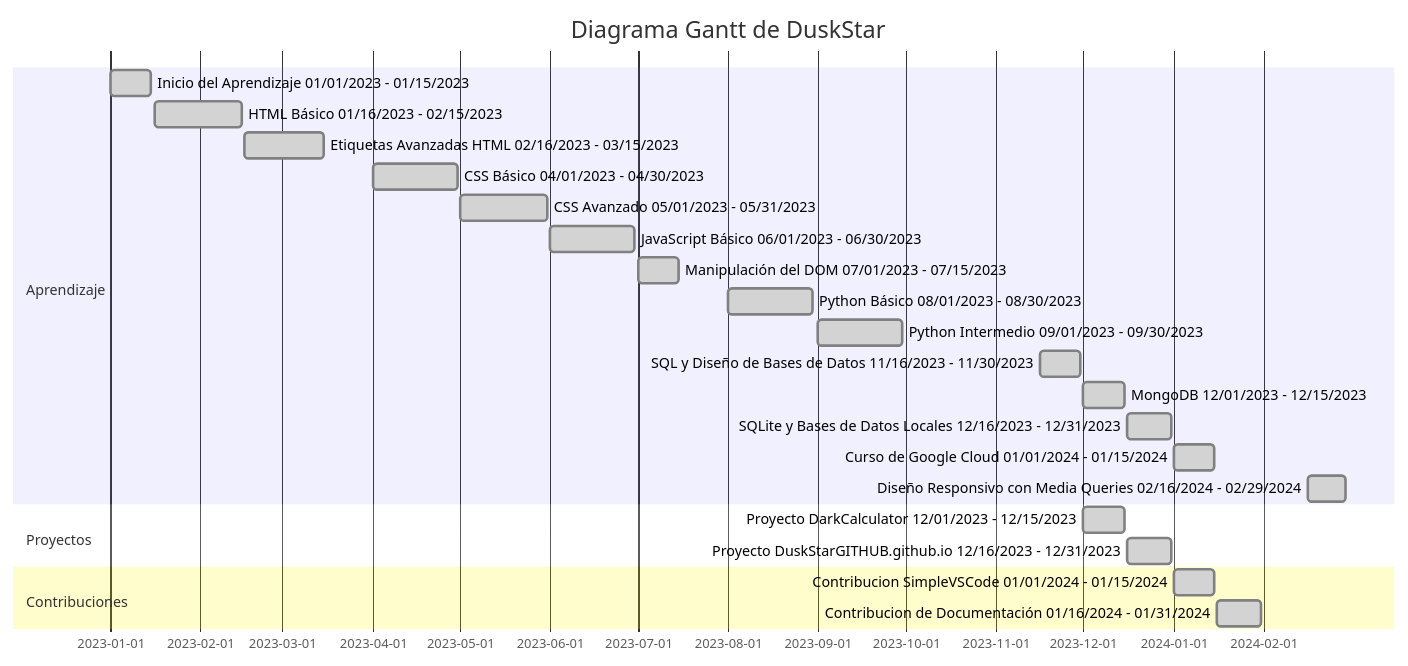
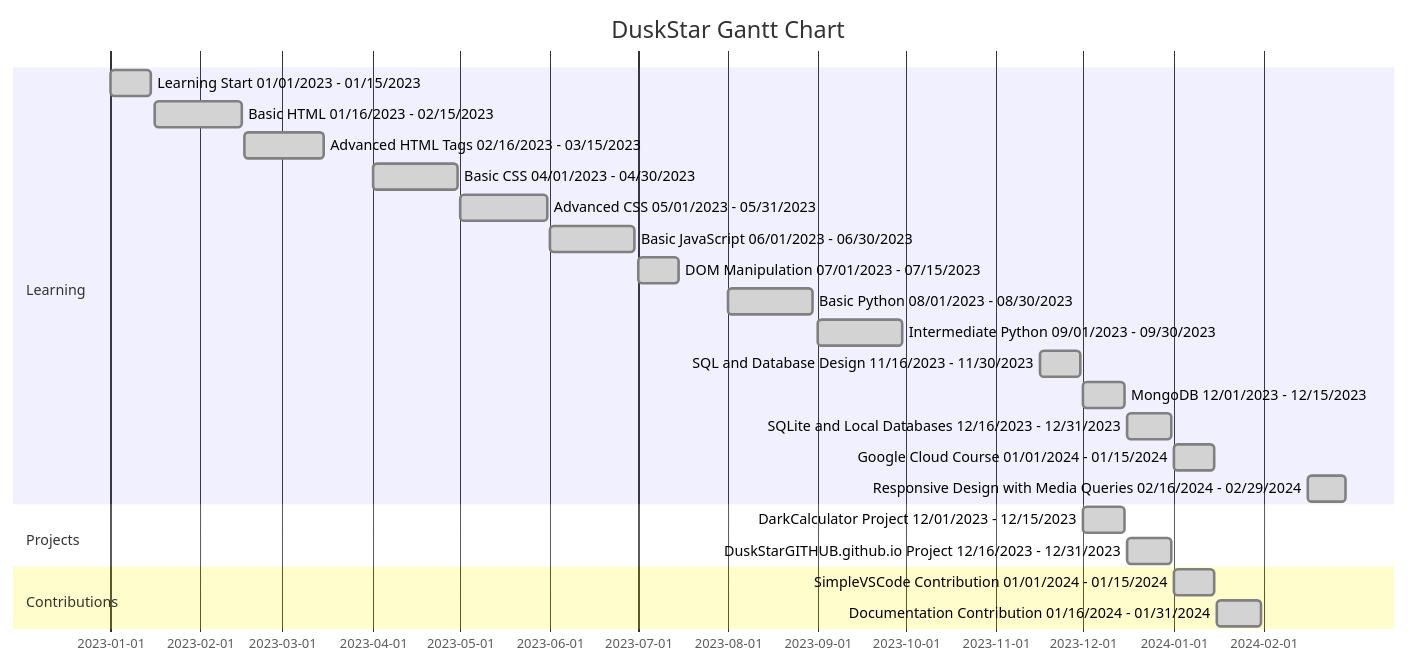
Before and after one commit to DuskStarGITHUB/DuskStarGITHUB: the diagram in README.md, drawn with Mermaid. The commit also changed other lines of this file, not shown here.

````diff
--- a/README.md
+++ b/README.md
@@ -108,30 +108,30 @@
 ```mermaid
 gantt
 	dateFormat MM/DD/YYYY
-	title Diagrama Gantt de DuskStar
+	title DuskStar Gantt Chart
 
-	section Aprendizaje
-		Inicio del Aprendizaje 01/01/2023 - 01/15/2023 :done, start1, 01/01/2023, 01/15/2023
-        	HTML Básico 01/16/2023 - 02/15/2023 :done, html1, 01/16/2023, 02/15/2023
-        	Etiquetas Avanzadas HTML 02/16/2023 - 03/15/2023 :done, html2, 02/16/2023, 03/15/2023
-        	CSS Básico 04/01/2023 - 04/30/2023 :done, css1, 04/01/2023, 04/30/2023
-        	CSS Avanzado 05/01/2023 - 05/31/2023 :done, css2, 05/01/2023, 05/31/2023
-        	JavaScript Básico 06/01/2023 - 06/30/2023 :done, js1, 06/01/2023, 06/30/2023
-        	Manipulación del DOM 07/01/2023 - 07/15/2023 :done, js2, 07/01/2023, 07/15/2023
-        	Python Básico 08/01/2023 - 08/30/2023 :done, python1, 08/01/2023, 08/30/2023
-        	Python Intermedio 09/01/2023 - 09/30/2023 :done, python2, 09/01/2023, 09/30/2023
-        	SQL y Diseño de Bases de Datos 11/16/2023 - 11/30/2023 :done, sql1, 11/16/2023, 11/30/2023
+	section Learning
+		Learning Start 01/01/2023 - 01/15/2023 :done, start1, 01/01/2023, 01/15/2023
+        	Basic HTML 01/16/2023 - 02/15/2023 :done, html1, 01/16/2023, 02/15/2023
+        	Advanced HTML Tags 02/16/2023 - 03/15/2023 :done, html2, 02/16/2023, 03/15/2023
+        	Basic CSS 04/01/2023 - 04/30/2023 :done, css1, 04/01/2023, 04/30/2023
+        	Advanced CSS 05/01/2023 - 05/31/2023 :done, css2, 05/01/2023, 05/31/2023
+        	Basic JavaScript 06/01/2023 - 06/30/2023 :done, js1, 06/01/2023, 06/30/2023
+        	DOM Manipulation 07/01/2023 - 07/15/2023 :done, js2, 07/01/2023, 07/15/2023
+        	Basic Python 08/01/2023 - 08/30/2023 :done, python1, 08/01/2023, 08/30/2023
+        	Intermediate Python 09/01/2023 - 09/30/2023 :done, python2, 09/01/2023, 09/30/2023
+        	SQL and Database Design 11/16/2023 - 11/30/2023 :done, sql1, 11/16/2023, 11/30/2023
         	MongoDB 12/01/2023 - 12/15/2023 :done, mongodb1, 12/01/2023, 12/15/2023
-        	SQLite y Bases de Datos Locales 12/16/2023 - 12/31/2023 :done, sqlite1, 12/16/2023, 12/31/2023
-        	Curso de Google Cloud 01/01/2024 - 01/15/2024 :done, cloud1, 01/01/2024, 01/15/2024
-		Diseño Responsivo con Media Queries 02/16/2024 - 02/29/2024 :done, media1, 02/16/2024, 02/29/2024
+        	SQLite and Local Databases 12/16/2023 - 12/31/2023 :done, sqlite1, 12/16/2023, 12/31/2023
+        	Google Cloud Course 01/01/2024 - 01/15/2024 :done, cloud1, 01/01/2024, 01/15/2024
+		Responsive Design with Media Queries 02/16/2024 - 02/29/2024 :done, media1, 02/16/2024, 02/29/2024
 
-	section Proyectos
-		Proyecto DarkCalculator 12/01/2023 - 12/15/2023 :done, proyecto1, 12/01/2023, 12/15/2023
-		Proyecto DuskStarGITHUB.github.io 12/16/2023 - 12/31/2023 :done, proyecto2, 12/16/2023, 12/31/2023
+	section Projects
+		DarkCalculator Project 12/01/2023 - 12/15/2023 :done, project1, 12/01/2023, 12/15/2023
+		DuskStarGITHUB.github.io Project 12/16/2023 - 12/31/2023 :done, project2, 12/16/2023, 12/31/2023
 
-	section Contribuciones
-		Contribucion SimpleVSCode 01/01/2024 - 01/15/2024 :done, contribucion1, 01/01/2024, 01/15/2024
-		Contribucion de Documentación 01/16/2024 - 01/31/2024 :done, contribucion2, 01/16/2024, 01/31/2024
+	section Contributions
+		SimpleVSCode Contribution 01/01/2024 - 01/15/2024 :done, contribution1, 01/01/2024, 01/15/2024
+		Documentation Contribution 01/16/2024 - 01/31/2024 :done, contribution2, 01/16/2024, 01/31/2024
 
 ```
````
